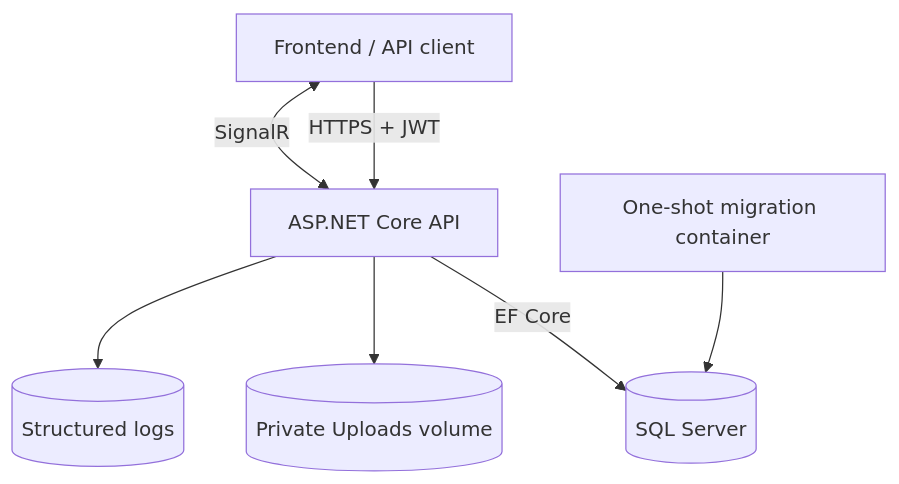
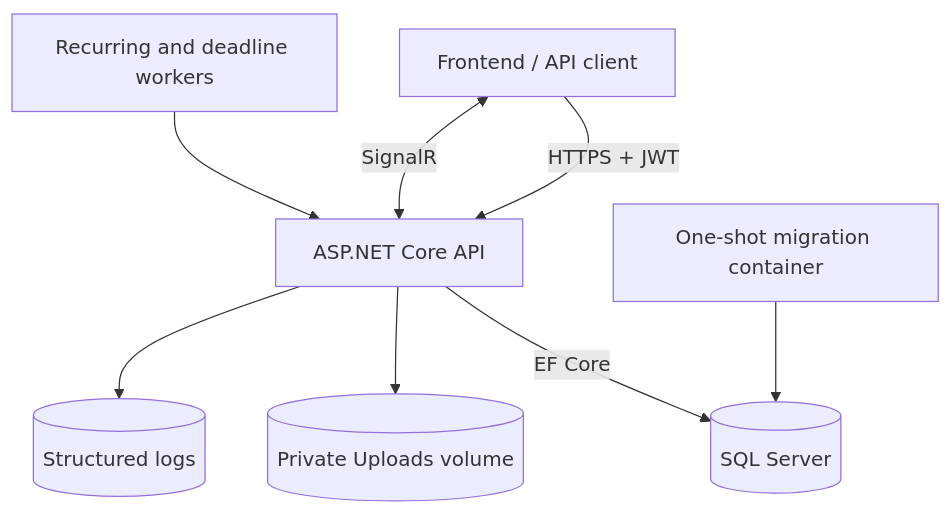
One commit to Giapnocap/work-management-system-backend changed the third of 3 diagrams in docs/architecture.md. Above: the diagram before and after it, drawn with Mermaid. The commit also changed other lines of this file and 12 other files, not shown here.

Commit message:
docs(portfolio): add architecture and demo evidence

````diff
--- a/docs/architecture.md
+++ b/docs/architecture.md
@@ -87,9 +92,10 @@
 ```mermaid
 flowchart TB
     Browser[Frontend / API client] -->|HTTPS + JWT| WebApi[ASP.NET Core API]
     Browser <-->|SignalR| WebApi
     WebApi -->|EF Core| SqlServer[(SQL Server)]
     WebApi --> Uploads[(Private Uploads volume)]
     WebApi --> Logs[(Structured logs)]
+    Scheduler[Recurring and deadline workers] --> WebApi
     Migration[One-shot migration container] --> SqlServer
 ```
````
